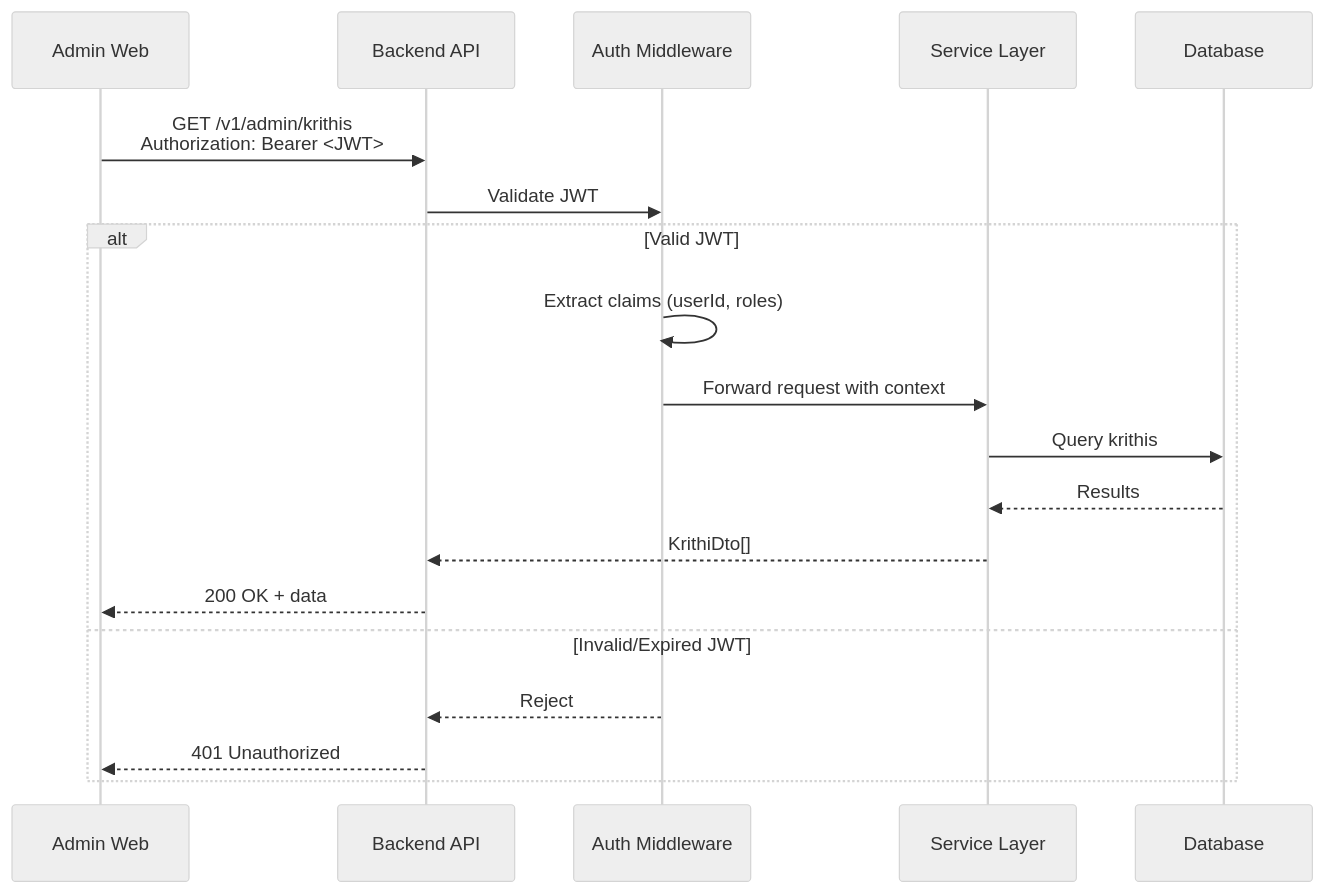
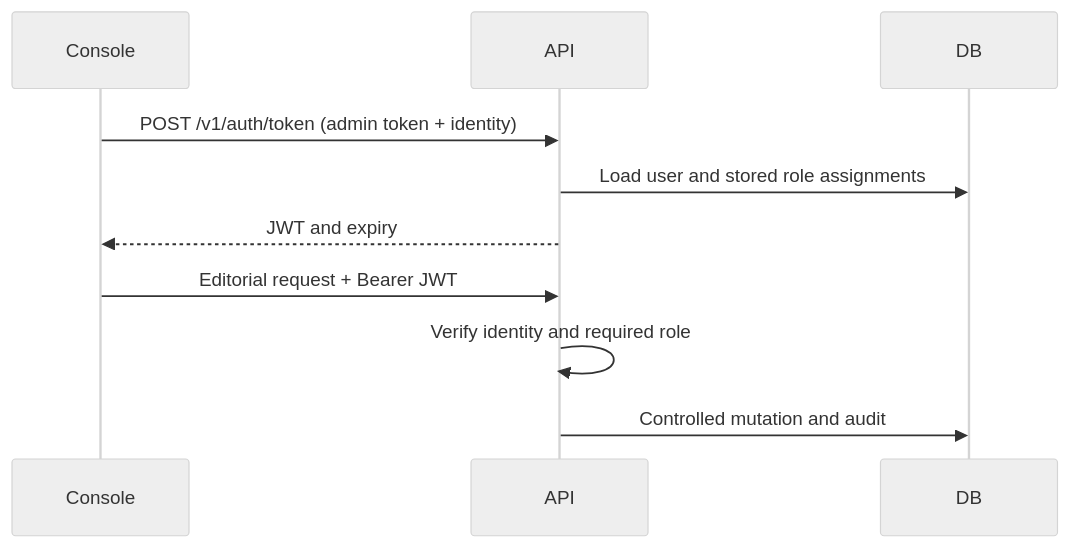
The second of 3 diagrams in application_documentation/02-architecture/diagrams/flows.md (carnaticlabs/Sangeetha-Grantha), drawn with Mermaid (neutral theme) before and after one commit. The commit also changed other lines of this file and 292 other files, not shown here.

````diff
--- a/application_documentation/02-architecture/diagrams/flows.md
+++ b/application_documentation/02-architecture/diagrams/flows.md
@@ -110,23 +38,12 @@
 ```mermaid
 sequenceDiagram
-    participant FE as Admin Web
-    participant API as Backend API
-    participant MW as Auth Middleware
-    participant SVC as Service Layer
-    participant DB as Database
-
-    FE->>API: GET /v1/admin/krithis<br/>Authorization: Bearer <JWT>
-    API->>MW: Validate JWT
-
-    alt Valid JWT
-        MW->>MW: Extract claims (userId, roles)
-        MW->>SVC: Forward request with context
-        SVC->>DB: Query krithis
-        DB-->>SVC: Results
-        SVC-->>API: KrithiDto[]
-        API-->>FE: 200 OK + data
-    else Invalid/Expired JWT
-        MW-->>API: Reject
-        API-->>FE: 401 Unauthorized
-    end
+    participant Console
+    participant API
+    participant DB
+    Console->>API: POST /v1/auth/token (admin token + identity)
+    API->>DB: Load user and stored role assignments
+    API-->>Console: JWT and expiry
+    Console->>API: Editorial request + Bearer JWT
+    API->>API: Verify identity and required role
+    API->>DB: Controlled mutation and audit
 ```
````
